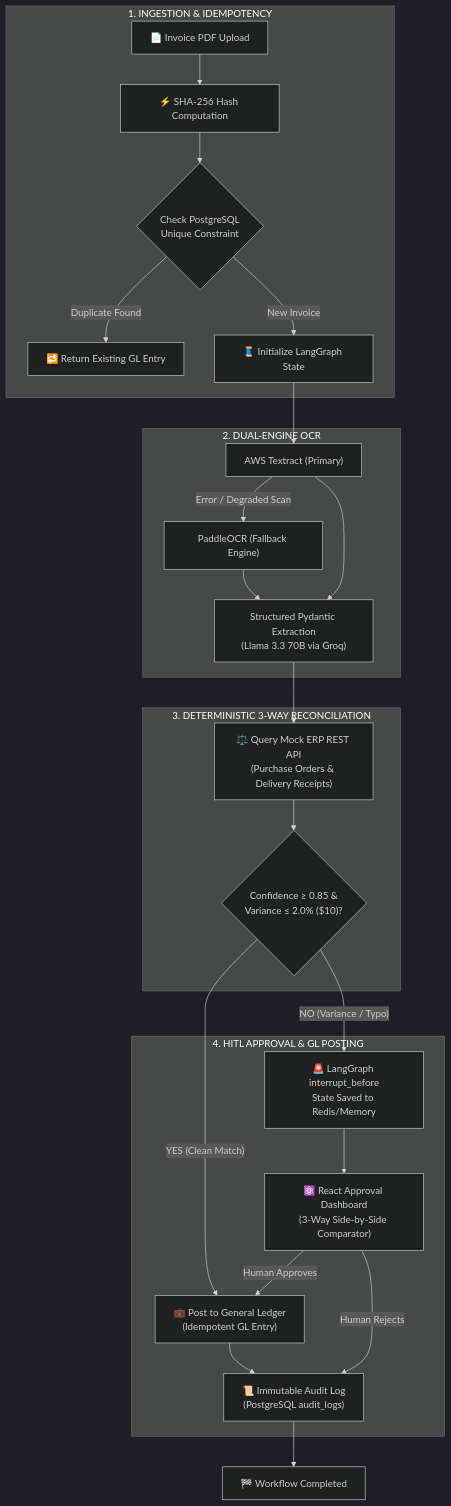
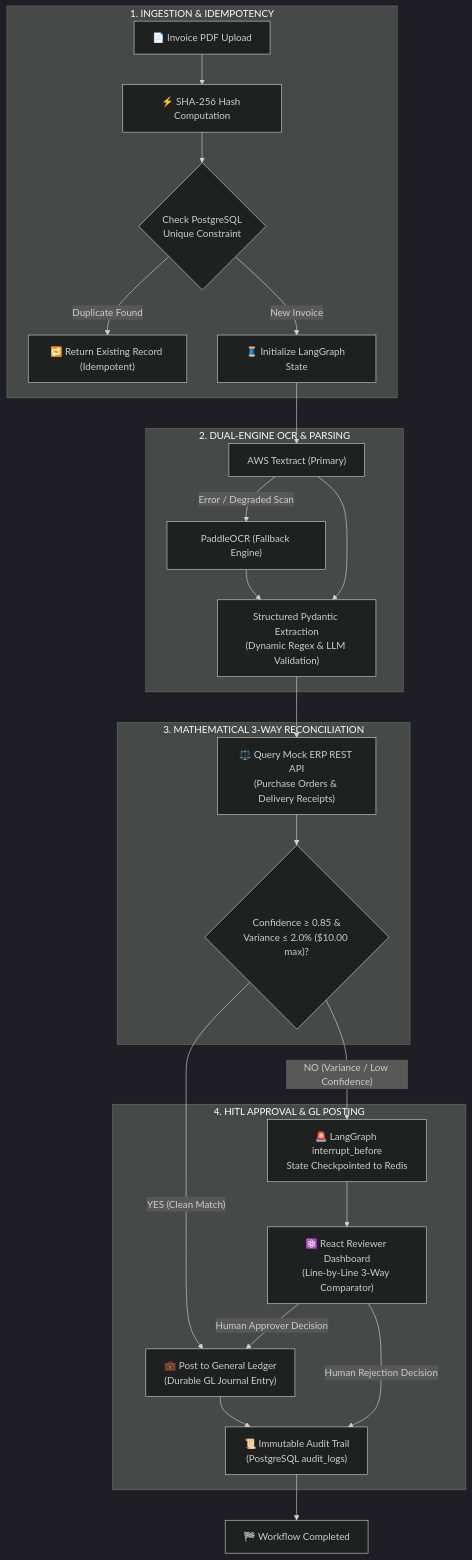
Before and after one commit to PushkarKanjani/LedgerAgent: the diagram in README.md, drawn with Mermaid (dark theme). The commit also changed other lines of this file, not shown here.

Commit message:
docs: upgrade README to reflect full production readiness, regex variance engine, and live AWS/RDS/CI-CD stack

````diff
--- a/README.md
+++ b/README.md
@@ -17,32 +19,32 @@
 ```mermaid
 flowchart TD
     subgraph INGESTION["1. INGESTION & IDEMPOTENCY"]
         PDF["📄 Invoice PDF Upload"] --> HASH["⚡ SHA-256 Hash Computation"]
         HASH --> DEDUP{"Check PostgreSQL<br/>Unique Constraint"}
-        DEDUP -->|"Duplicate Found"| CACHE["🔁 Return Existing GL Entry"]
+        DEDUP -->|"Duplicate Found"| CACHE["🔁 Return Existing Record (Idempotent)"]
         DEDUP -->|"New Invoice"| THREAD["🧵 Initialize LangGraph State"]
     end
 
-    subgraph OCR_PIPELINE["2. DUAL-ENGINE OCR"]
+    subgraph OCR_PIPELINE["2. DUAL-ENGINE OCR & PARSING"]
         THREAD --> TEXTRACT["AWS Textract (Primary)"]
         TEXTRACT -->|"Error / Degraded Scan"| PADDLE["PaddleOCR (Fallback Engine)"]
-        TEXTRACT --> VALIDATE["Structured Pydantic Extraction<br/>(Llama 3.3 70B via Groq)"]
+        TEXTRACT --> VALIDATE["Structured Pydantic Extraction<br/>(Dynamic Regex & LLM Validation)"]
         PADDLE --> VALIDATE
     end
 
-    subgraph RECONCILIATION["3. DETERMINISTIC 3-WAY RECONCILIATION"]
+    subgraph RECONCILIATION["3. MATHEMATICAL 3-WAY RECONCILIATION"]
         VALIDATE --> MATCH["⚖️ Query Mock ERP REST API<br/>(Purchase Orders & Delivery Receipts)"]
-        MATCH --> TOLERANCE{"Confidence ≥ 0.85 &<br/>Variance ≤ 2.0% ($10)?"}
+        MATCH --> TOLERANCE{"Confidence ≥ 0.85 &<br/>Variance ≤ 2.0% ($10.00 max)?"}
     end
 
     subgraph GUARDRAILS["4. HITL APPROVAL & GL POSTING"]
-        TOLERANCE -->|"YES (Clean Match)"| POST_GL["💼 Post to General Ledger<br/>(Idempotent GL Entry)"]
-        TOLERANCE -->|"NO (Variance / Typo)"| HITL["🚨 LangGraph interrupt_before<br/>State Saved to Redis/Memory"]
-        HITL --> REACT["⚛️ React Approval Dashboard<br/>(3-Way Side-by-Side Comparator)"]
-        REACT -->|"Human Approves"| POST_GL
-        REACT -->|"Human Rejects"| AUDIT["📜 Immutable Audit Log<br/>(PostgreSQL audit_logs)"]
+        TOLERANCE -->|"YES (Clean Match)"| POST_GL["💼 Post to General Ledger<br/>(Durable GL Journal Entry)"]
+        TOLERANCE -->|"NO (Variance / Low Confidence)"| HITL["🚨 LangGraph interrupt_before<br/>State Checkpointed to Redis"]
+        HITL --> REACT["⚛️ React Reviewer Dashboard<br/>(Line-by-Line 3-Way Comparator)"]
+        REACT -->|"Human Approver Decision"| POST_GL
+        REACT -->|"Human Rejection Decision"| AUDIT["📜 Immutable Audit Trail<br/>(PostgreSQL audit_logs)"]
         POST_GL --> AUDIT
     end
 
     AUDIT --> COMPLETED["🏁 Workflow Completed"]
 ```
````
